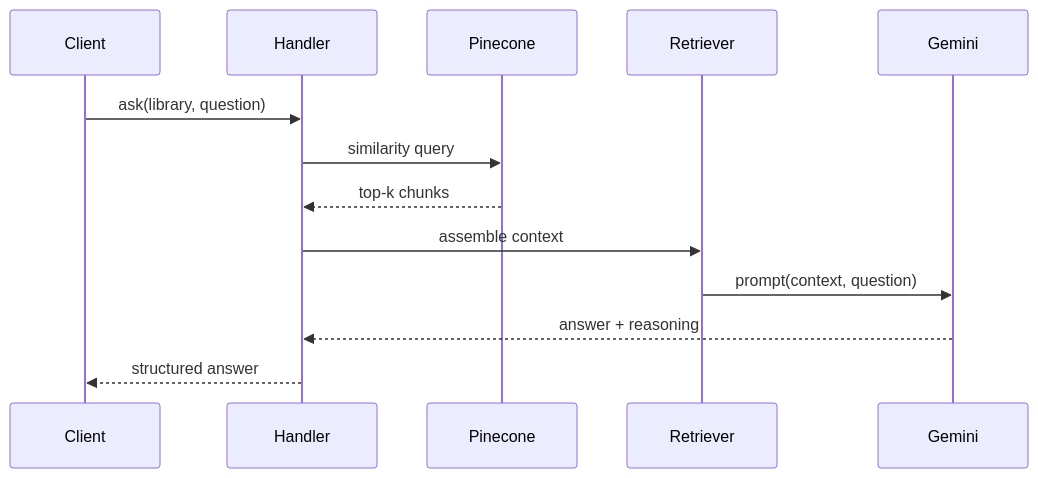
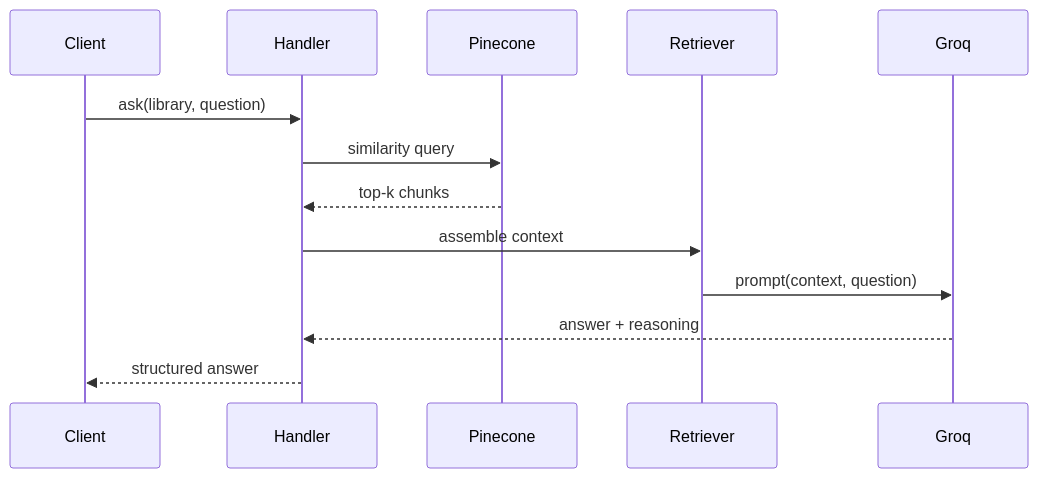
One commit to Yashwant00CR7/Groq-Machine-HacK changed the second of 2 diagrams in README.md. Above: the diagram before and after it, drawn with Mermaid. The commit also changed other lines of this file, not shown here.

````diff
--- a/README.md
+++ b/README.md
@@ -91,15 +105,15 @@
 ```mermaid
 sequenceDiagram
 		participant C as Client
 		participant H as Handler
 		participant P as Pinecone
 		participant R as Retriever
-		participant G as Gemini
+		participant G as Groq
 		C->>H: ask(library, question)
 		H->>P: similarity query
 		P-->>H: top-k chunks
 		H->>R: assemble context
 		R->>G: prompt(context, question)
 		G-->>H: answer + reasoning
 		H-->>C: structured answer
 ```
````
